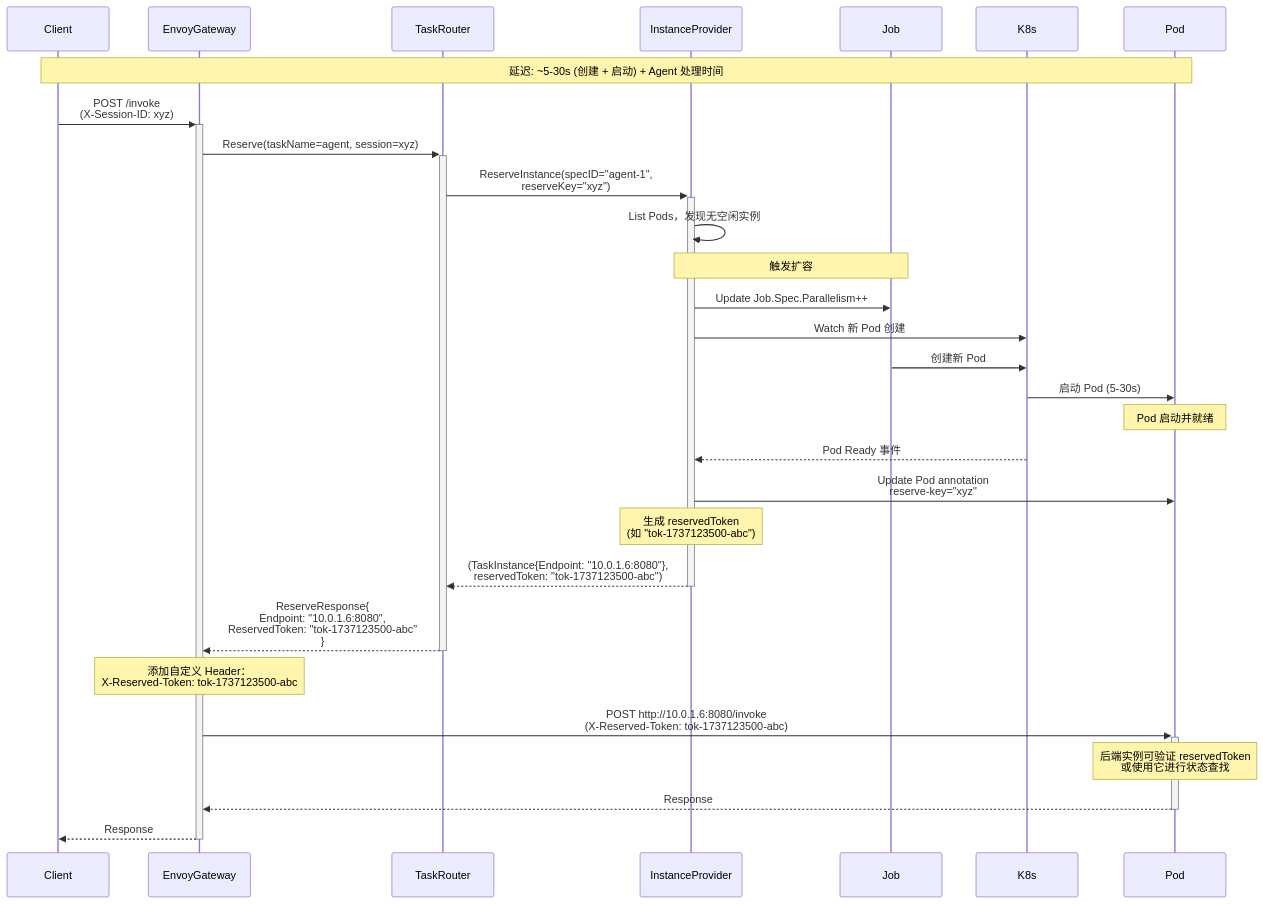
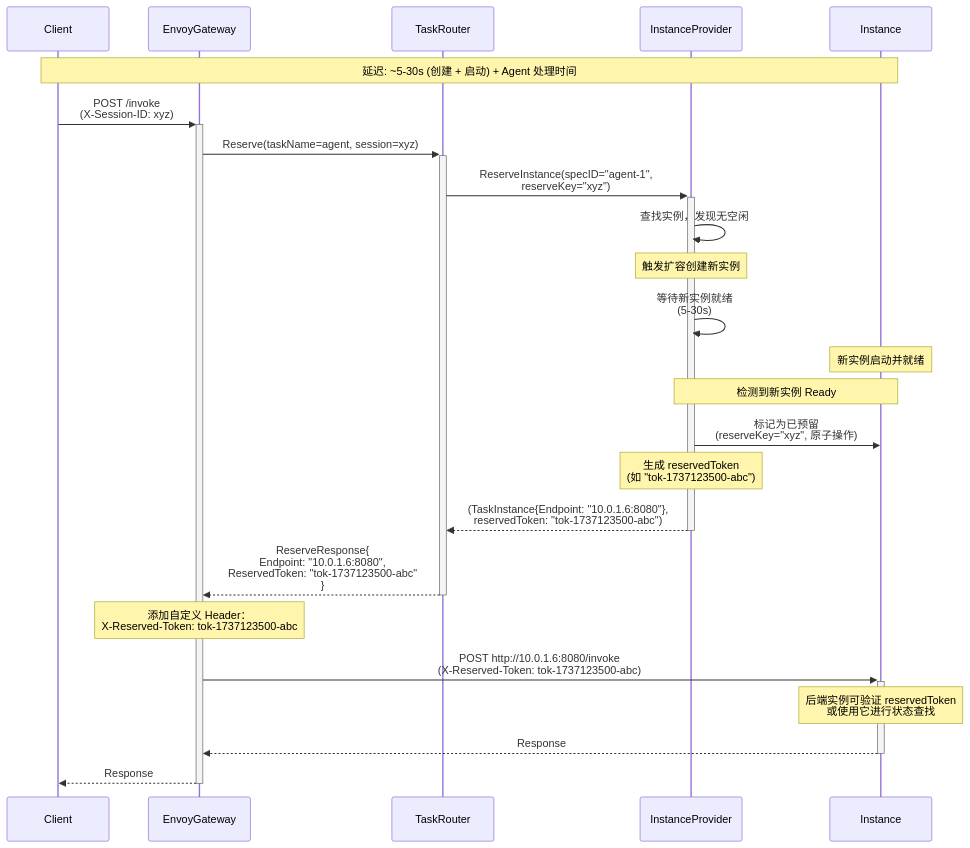
The third of 7 diagrams in docs/design/PROPOSAL-TASK.md (volcano-sh/agentcube), drawn with Mermaid before and after one commit. The commit also changed other lines of this file, not shown here.

First line of the commit message:
docs: refactor Task design proposal with structured API documentation and SandboxProvider details

````diff
--- a/docs/design/PROPOSAL-TASK.md
+++ b/docs/design/PROPOSAL-TASK.md
@@ -997,46 +731,41 @@
 ```mermaid
 sequenceDiagram
     participant Client
     participant EnvoyGateway
     participant TaskRouter
     participant InstanceProvider
-    participant Job
-    participant K8s
-    participant Pod
+    participant Instance
 
-    Note over Client,Pod: 延迟: ~5-30s (创建 + 启动) + Agent 处理时间
+    Note over Client,Instance: 延迟: ~5-30s (创建 + 启动) + Agent 处理时间
 
     Client->>+EnvoyGateway: POST /invoke<br/>(X-Session-ID: xyz)
     EnvoyGateway->>+TaskRouter: Reserve(taskName=agent, session=xyz)
     TaskRouter->>+InstanceProvider: ReserveInstance(specID="agent-1",<br/>reserveKey="xyz")
 
-    InstanceProvider->>InstanceProvider: List Pods，发现无空闲实例
+    InstanceProvider->>InstanceProvider: 查找实例，发现无空闲
 
-    Note over InstanceProvider,Job: 触发扩容
-    InstanceProvider->>Job: Update Job.Spec.Parallelism++
-    InstanceProvider->>K8s: Watch 新 Pod 创建
+    Note over InstanceProvider: 触发扩容创建新实例
 
-    Job->>K8s: 创建新 Pod
-    K8s->>Pod: 启动 Pod (5-30s)
+    InstanceProvider->>InstanceProvider: 等待新实例就绪<br/>(5-30s)
 
-    Note over Pod: Pod 启动并就绪
+    Note over Instance: 新实例启动并就绪
 
-    K8s-->>InstanceProvider: Pod Ready 事件
+    Note over InstanceProvider,Instance: 检测到新实例 Ready
 
-    InstanceProvider->>Pod: Update Pod annotation<br/>reserve-key="xyz"
+    InstanceProvider->>Instance: 标记为已预留<br/>(reserveKey="xyz", 原子操作)
 
     Note over InstanceProvider: 生成 reservedToken<br/>(如 "tok-1737123500-abc")
 
     InstanceProvider-->>-TaskRouter: (TaskInstance{Endpoint: "10.0.1.6:8080"},<br/>reservedToken: "tok-1737123500-abc")
 
     TaskRouter-->>-EnvoyGateway: ReserveResponse{<br/>  Endpoint: "10.0.1.6:8080",<br/>  ReservedToken: "tok-1737123500-abc"<br/>}
 
     Note over EnvoyGateway: 添加自定义 Header：<br/>X-Reserved-Token: tok-1737123500-abc
 
-    EnvoyGateway->>+Pod: POST http://10.0.1.6:8080/invoke<br/>(X-Reserved-Token: tok-1737123500-abc)
+    EnvoyGateway->>+Instance: POST http://10.0.1.6:8080/invoke<br/>(X-Reserved-Token: tok-1737123500-abc)
 
-    Note over Pod: 后端实例可验证 reservedToken<br/>或使用它进行状态查找
+    Note over Instance: 后端实例可验证 reservedToken<br/>或使用它进行状态查找
 
-    Pod-->>-EnvoyGateway: Response
+    Instance-->>-EnvoyGateway: Response
     EnvoyGateway-->>-Client: Response
 ```
````
